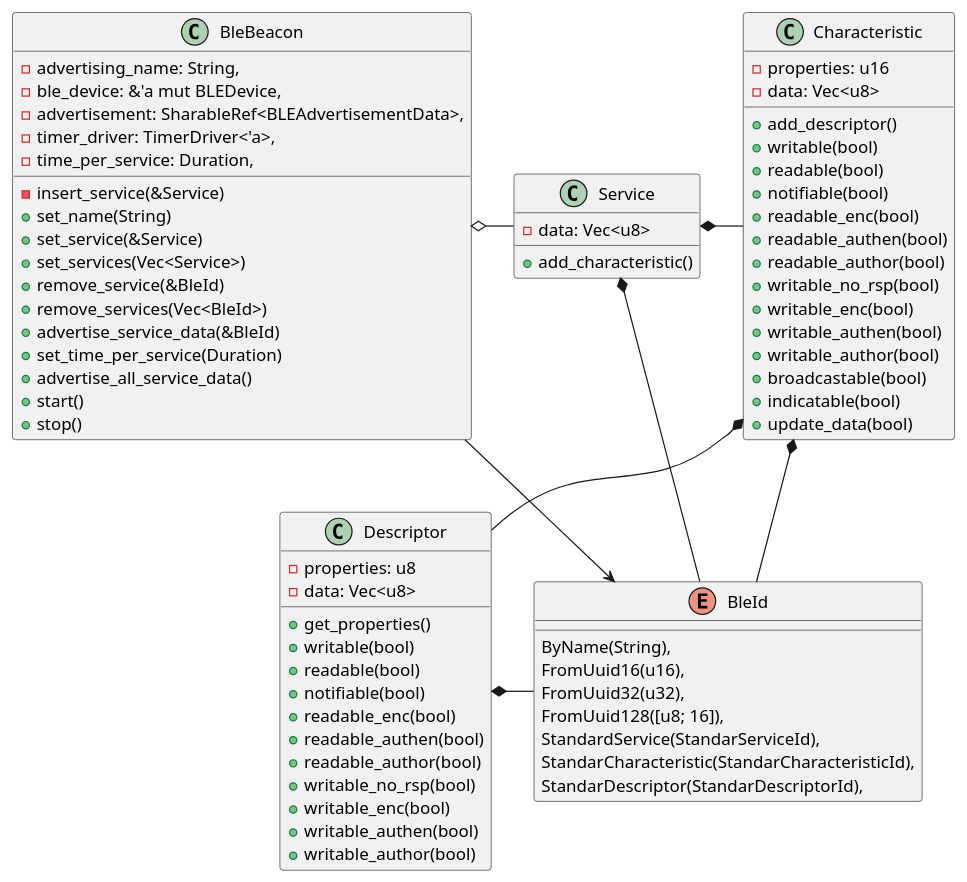
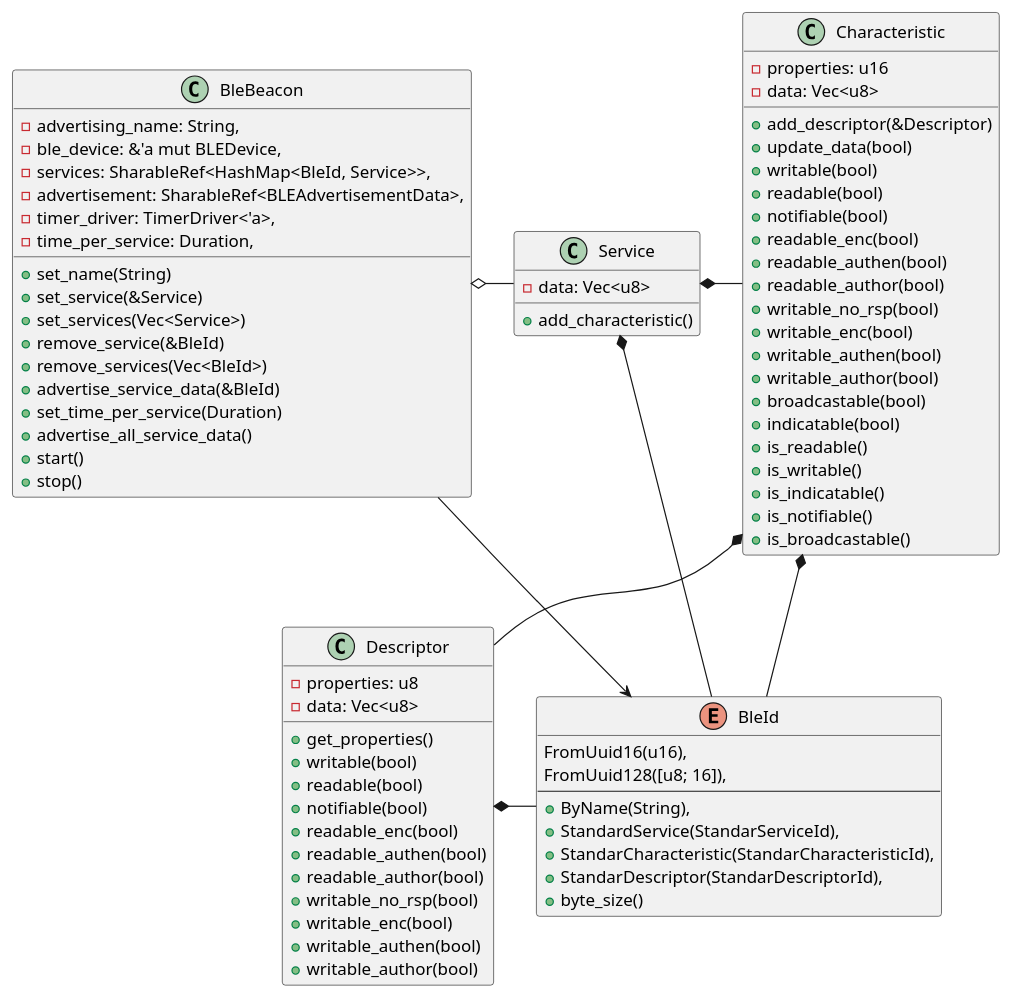
One commit to esp32framework/esp32framework changed the diagram in diagrams/ble-beacon.puml. Above: the diagram before and after it, drawn with PlantUML.

Commit message:
Update ble beacon diagram

```diff
--- a/diagrams/ble-beacon.puml
+++ b/diagrams/ble-beacon.puml
@@ -1,80 +1,86 @@
 @startuml Ble Beacon
 
 class BleBeacon{
     - advertising_name: String,
     - ble_device: &'a mut BLEDevice,
+    - services: SharableRef<HashMap<BleId, Service>>,
     - advertisement: SharableRef<BLEAdvertisementData>,
     - timer_driver: TimerDriver<'a>,
     - time_per_service: Duration,
-    - insert_service(&Service)
     + set_name(String)
     + set_service(&Service)
     + set_services(Vec<Service>)
     + remove_service(&BleId)
     + remove_services(Vec<BleId>)
     + advertise_service_data(&BleId)
     + set_time_per_service(Duration)
     + advertise_all_service_data()
     + start()
     + stop()
 }
 
 enum BleId {
-    ByName(String),
     FromUuid16(u16),
-    FromUuid32(u32),
     FromUuid128([u8; 16]),
-    StandardService(StandarServiceId),
-    StandarCharacteristic(StandarCharacteristicId),
-    StandarDescriptor(StandarDescriptorId),
+    --
+    + ByName(String),
+    + StandardService(StandarServiceId),
+    + StandarCharacteristic(StandarCharacteristicId),
+    + StandarDescriptor(StandarDescriptorId),
+    + byte_size()
 }
 
 class Service {
     - data: Vec<u8>
     + add_characteristic()
     
 } 
 
 class Characteristic{
     - properties: u16
     - data: Vec<u8>
-    + add_descriptor()
+    + add_descriptor(&Descriptor)
+    + update_data(bool)
     + writable(bool)
     + readable(bool)
     + notifiable(bool)
     + readable_enc(bool)
     + readable_authen(bool)
     + readable_author(bool)
     + writable_no_rsp(bool)
     + writable_enc(bool)
     + writable_authen(bool)
     + writable_author(bool)
     + broadcastable(bool)
     + indicatable(bool)
-    + update_data(bool)
+    + is_readable()
+    + is_writable()
+    + is_indicatable()
+    + is_notifiable()
+    + is_broadcastable()
 }
 
 class Descriptor{
     - properties: u8
     - data: Vec<u8>
     + get_properties()
     + writable(bool)
     + readable(bool)
     + notifiable(bool)
     + readable_enc(bool)
     + readable_authen(bool)
     + readable_author(bool)
     + writable_no_rsp(bool)
     + writable_enc(bool)
     + writable_authen(bool)
     + writable_author(bool)
 }
 
 BleBeacon -> BleId
 BleBeacon o- Service
 Service *- Characteristic
 Service *-- BleId
 Characteristic *- Descriptor
 Characteristic *-- BleId
 Descriptor *- BleId
 @enduml
```
